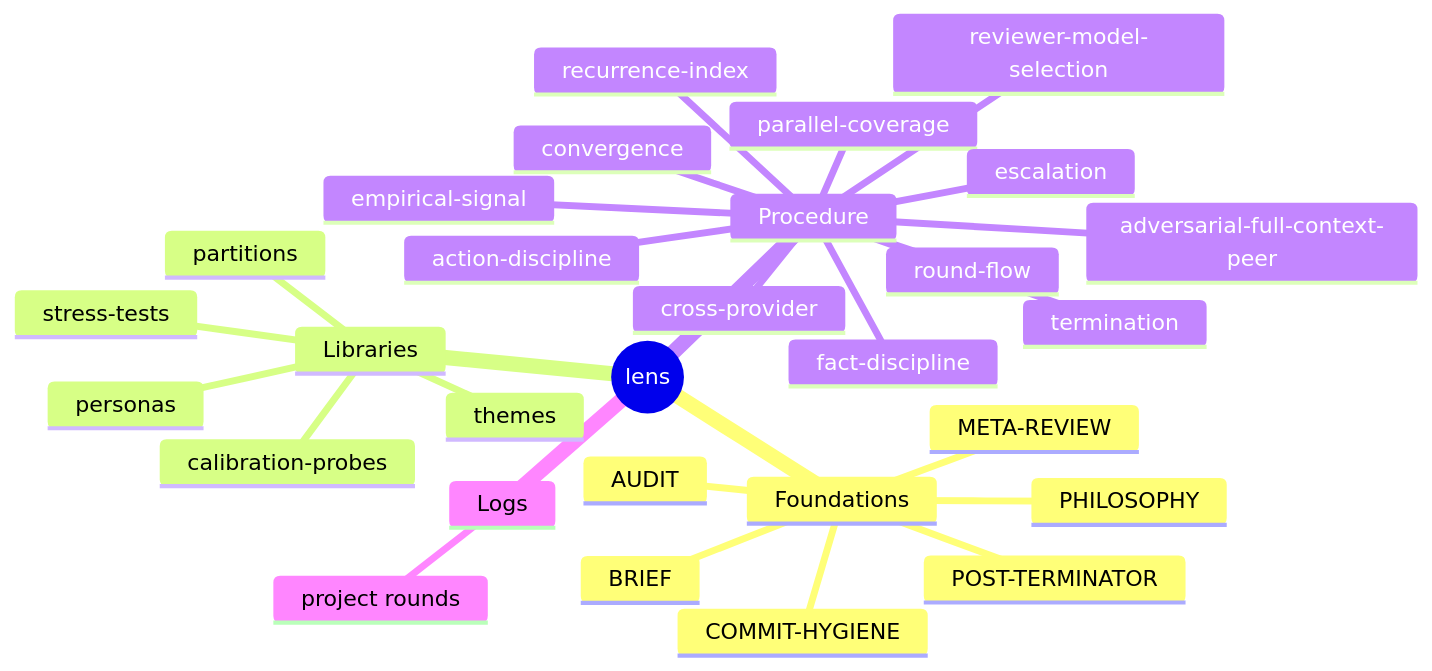
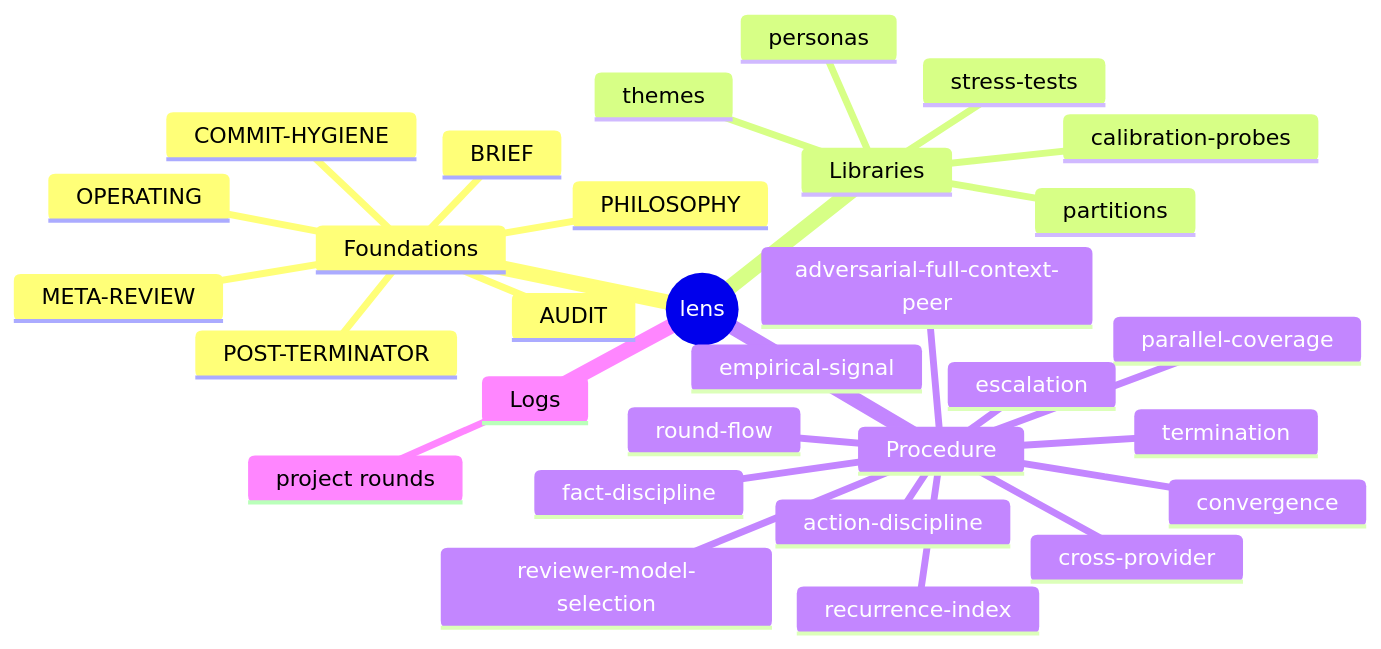
Before and after one commit to 1qh/lens: the second of 2 diagrams in README.md, drawn with Mermaid. The commit also changed other lines of this file and 1 other file, not shown here.

Commit message:
add OPERATING runbook, mandate self-read of repo

````diff
--- a/README.md
+++ b/README.md
@@ -20,32 +22,33 @@
 ```mermaid
 mindmap
   root((lens))
     Foundations
+      OPERATING
       PHILOSOPHY
       BRIEF
       AUDIT
       POST-TERMINATOR
       META-REVIEW
       COMMIT-HYGIENE
     Libraries
       personas
       themes
       stress-tests
       partitions
       calibration-probes
     Procedure
       round-flow
       parallel-coverage
       action-discipline
       convergence
       cross-provider
       recurrence-index
       escalation
       termination
       empirical-signal
       reviewer-model-selection
       adversarial-full-context-peer
       fact-discipline
     Logs
       project rounds
 ```
````
